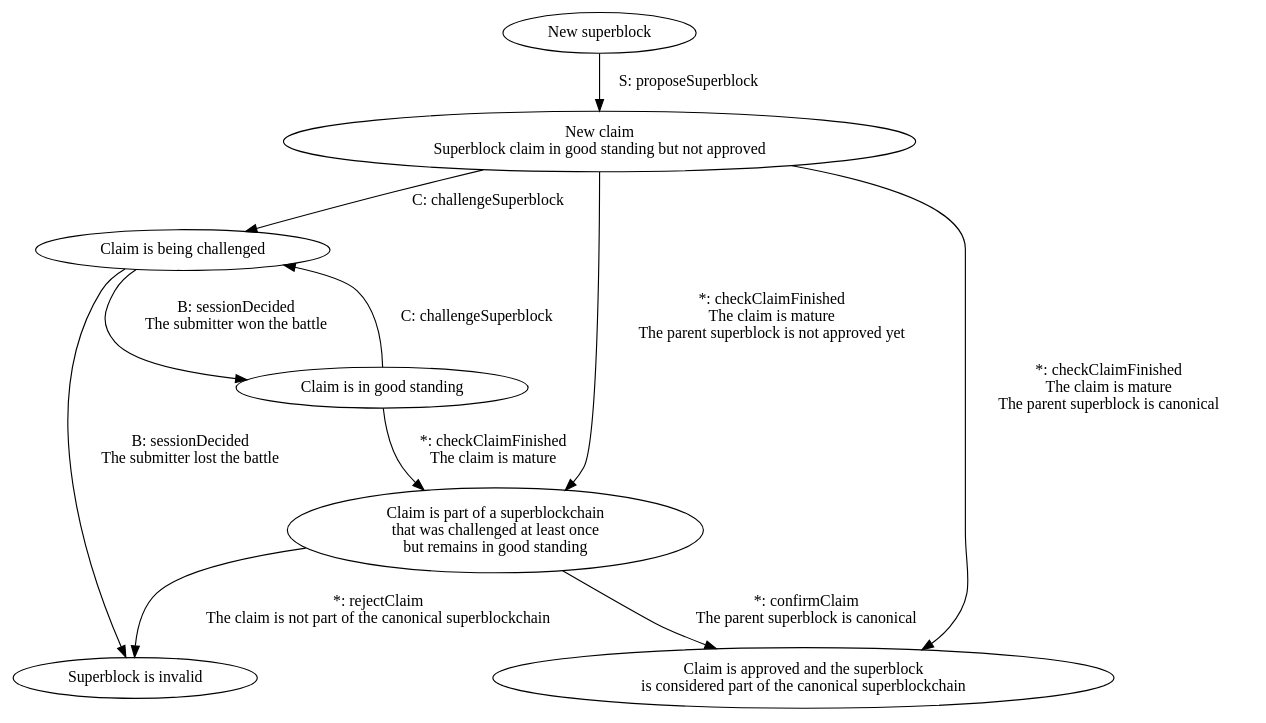
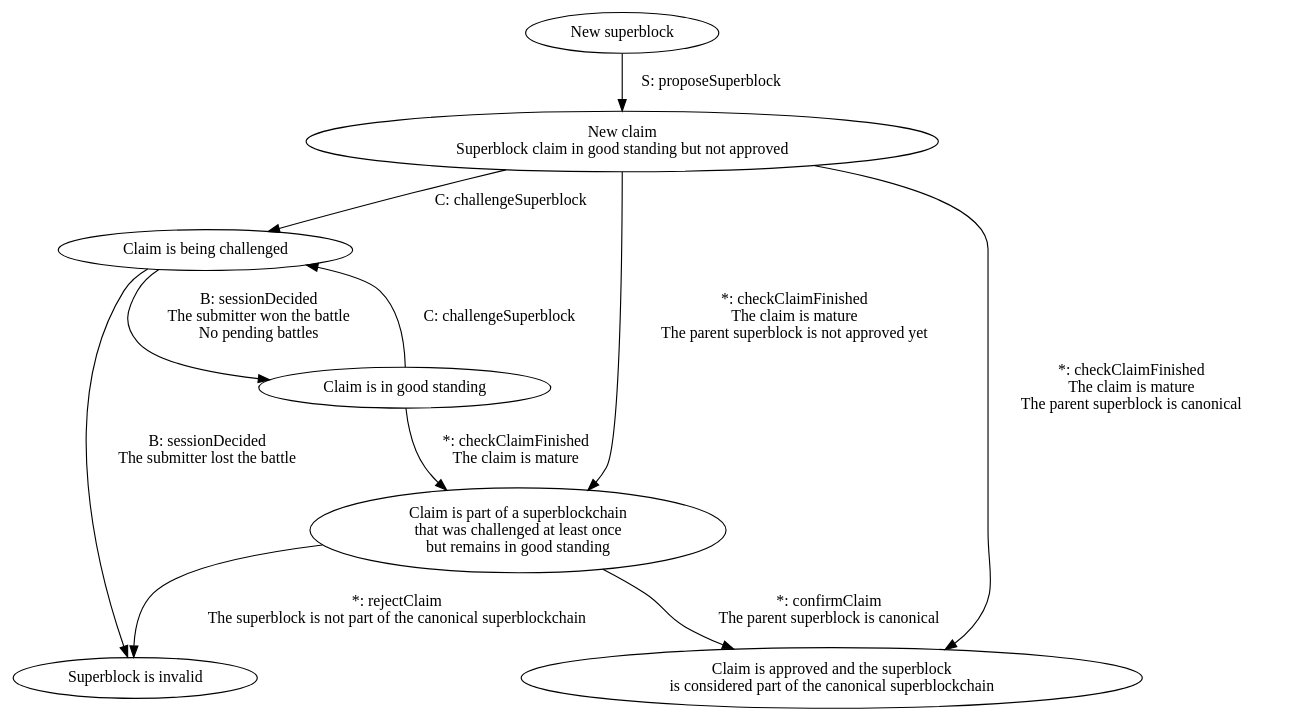
Before and after one commit to dogethereum/docs: the diagram in challenge-response-protocol/superblock-claims.dot, drawn with Graphviz. The commit also changed 1 other file, not shown here.

Commit message:
Clarify a few transitions in the superblock claims protocol.

```diff
--- a/challenge-response-protocol/superblock-claims.dot
+++ b/challenge-response-protocol/superblock-claims.dot
@@ -1,29 +1,29 @@
 digraph SuperblockClaims {
 
   // All edge labels refer to SuperblockClaims functions
   // All nodes map loosely to superblock status enum members found in DogeSuperblocks
 
   {
     node []
     NewSuperblock [label="New superblock"]
     ClaimSubmitted [label="New claim\n Superblock claim in good standing but not approved"]
     BattleOverClaim [label="Claim is being challenged"]
     GoodSuperblock [label="Claim is in good standing"]
     SemiApprovedClaim [label="Claim is part of a superblockchain\n that was challenged at least once\n but remains in good standing"]
     ApprovedClaim [label="Claim is approved and the superblock\n is considered part of the canonical superblockchain"]
     InvalidatedSuperblock [label="Superblock is invalid"]
   }
 
 
 
   NewSuperblock -> ClaimSubmitted [label="S: proposeSuperblock"]
   ClaimSubmitted -> BattleOverClaim [label="C: challengeSuperblock"]
   BattleOverClaim -> InvalidatedSuperblock [label="B: sessionDecided\n The submitter lost the battle"]
-  BattleOverClaim -> GoodSuperblock [label="B: sessionDecided\n The submitter won the battle"]
+  BattleOverClaim -> GoodSuperblock [label="B: sessionDecided\n The submitter won the battle\n No pending battles"]
   GoodSuperblock -> SemiApprovedClaim [label="*: checkClaimFinished\n The claim is mature"]
   GoodSuperblock -> BattleOverClaim [label="C: challengeSuperblock"]
   ClaimSubmitted -> ApprovedClaim [label="*: checkClaimFinished\n The claim is mature\n The parent superblock is canonical"]
   ClaimSubmitted -> SemiApprovedClaim [label="*: checkClaimFinished\n The claim is mature\n The parent superblock is not approved yet"]
   SemiApprovedClaim -> ApprovedClaim [label="*: confirmClaim\n The parent superblock is canonical"]
-  SemiApprovedClaim -> InvalidatedSuperblock [label="*: rejectClaim\n The claim is not part of the canonical superblockchain"]
+  SemiApprovedClaim -> InvalidatedSuperblock [label="*: rejectClaim\n The superblock is not part of the canonical superblockchain"]
 }
```
